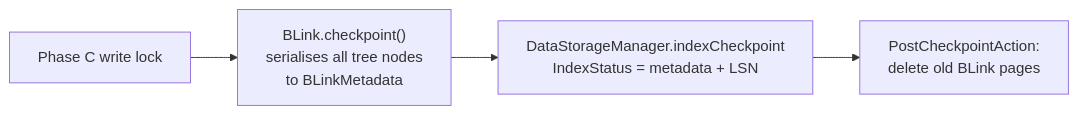
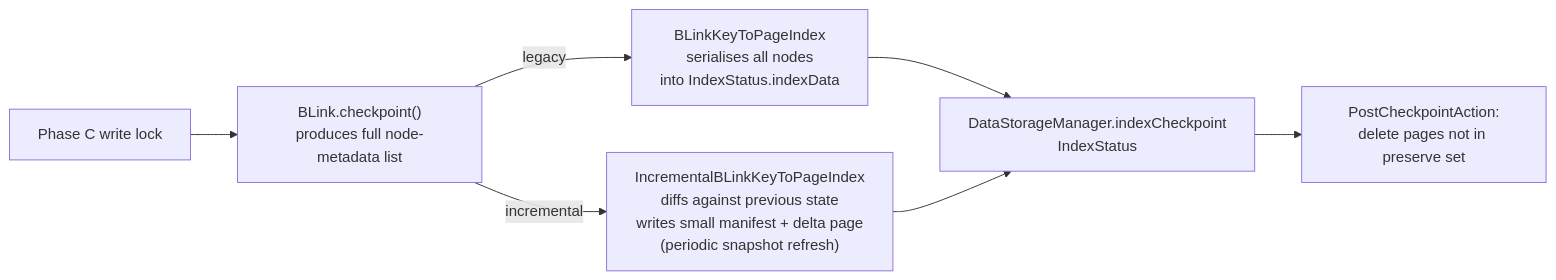
Before and after one commit to eolivelli/herddb: the fifth of 12 diagrams in CHECKPOINT.md, drawn with Mermaid. The commit also changed other lines of this file and 14 other files, not shown here.

First line of the commit message:
Incremental-checkpoint BLink primary-key index (#155)

````diff
--- a/CHECKPOINT.md
+++ b/CHECKPOINT.md
@@ -282,6 +296,9 @@
 ```mermaid
 flowchart LR
-    PC[Phase C write lock] --> BL["BLink.checkpoint()\nserialises all tree nodes\nto BLinkMetadata"]
-    BL --> DS[DataStorageManager.indexCheckpoint\nIndexStatus = metadata + LSN]
-    DS --> POST[PostCheckpointAction:\ndelete old BLink pages]
+    PC[Phase C write lock] --> BL["BLink.checkpoint()\nproduces full node-metadata list"]
+    BL -->|legacy| LEG["BLinkKeyToPageIndex\nserialises all nodes\ninto IndexStatus.indexData"]
+    BL -->|incremental| INC["IncrementalBLinkKeyToPageIndex\ndiffs against previous state\nwrites small manifest + delta page\n(periodic snapshot refresh)"]
+    LEG --> DS[DataStorageManager.indexCheckpoint\nIndexStatus]
+    INC --> DS
+    DS --> POST[PostCheckpointAction:\ndelete pages not in preserve set]
 ```
````
